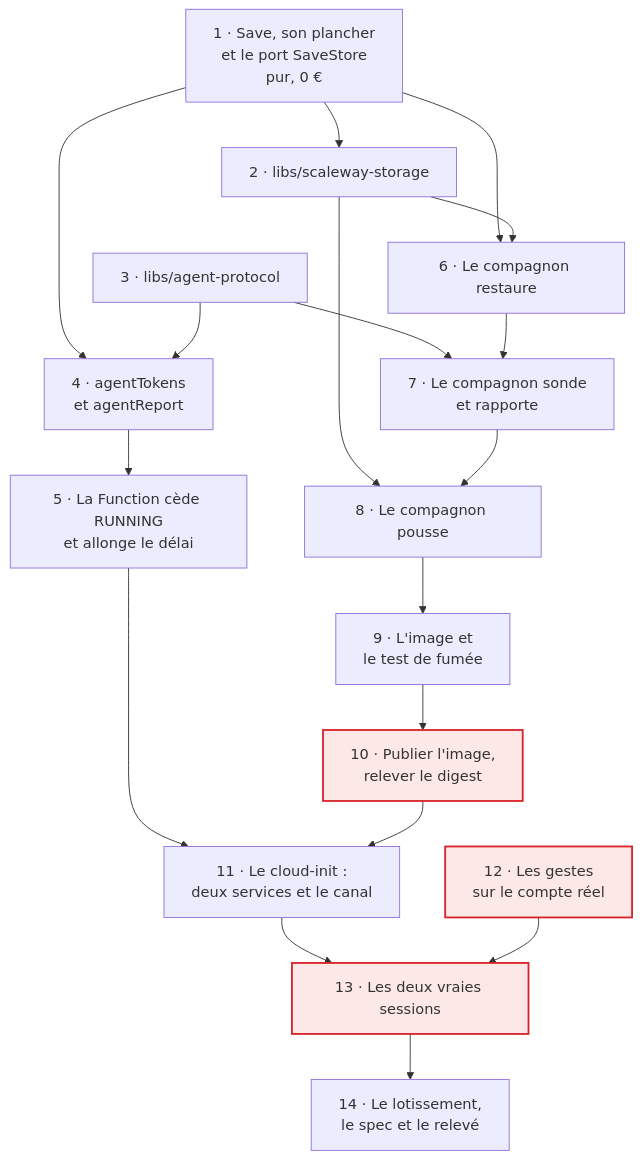
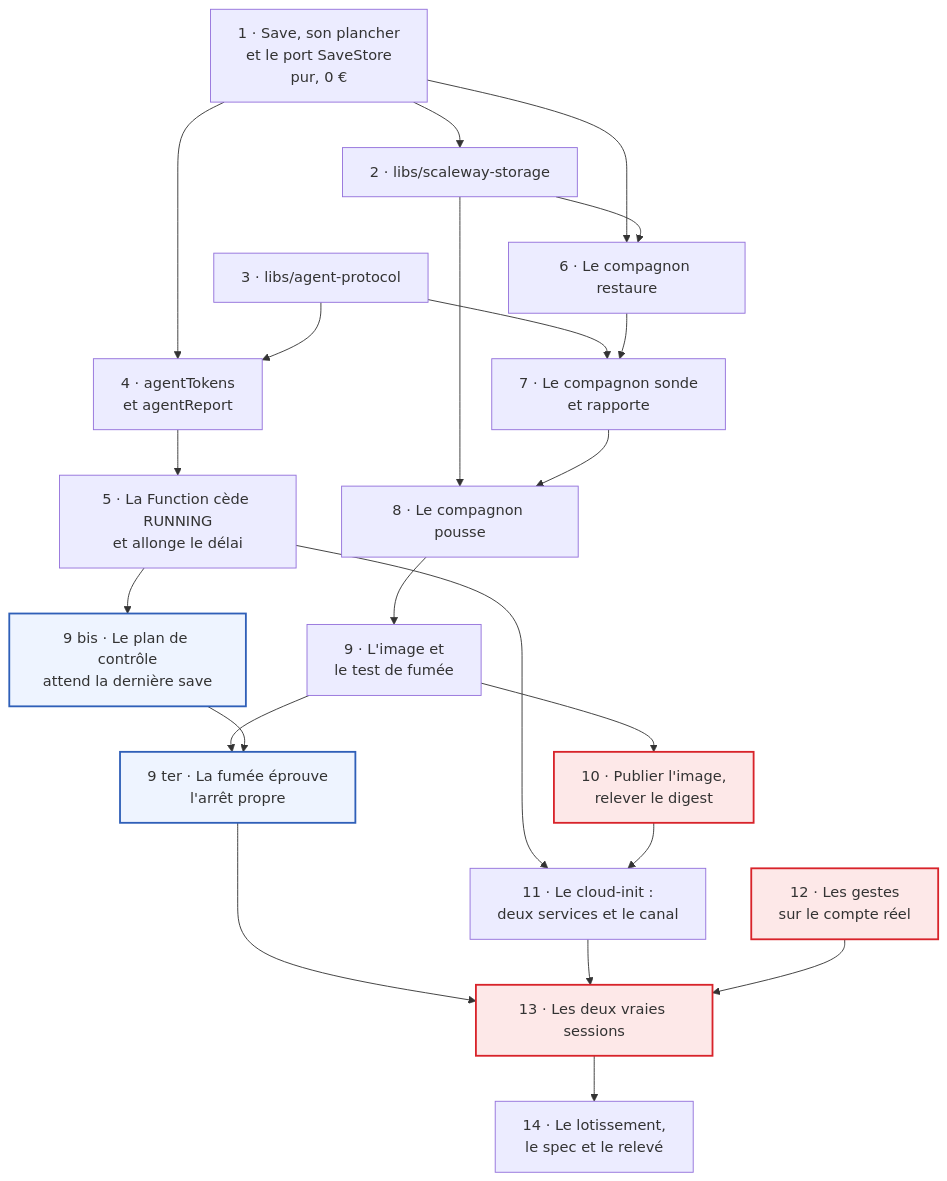
Before and after one commit to charlouze/beacon-hosting: the diagram in docs/superpowers/plans/2026-09-06-tranche-3-les-saves.md, drawn with Mermaid. The commit also changed other lines of this file, not shown here.

First line of the commit message:
docs(plan): inscrit ce que la revue de branche impose au reste de la tranche

````diff
--- a/docs/superpowers/plans/2026-09-06-tranche-3-les-saves.md
+++ b/docs/superpowers/plans/2026-09-06-tranche-3-les-saves.md
@@ -126,38 +126,46 @@
 ```mermaid
 flowchart TD
     T1["1 · Save, son plancher<br/>et le port SaveStore<br/>pur, 0 €"]
     T2["2 · libs/scaleway-storage"]
     T3["3 · libs/agent-protocol"]
     T4["4 · agentTokens<br/>et agentReport"]
     T5["5 · La Function cède RUNNING<br/>et allonge le délai"]
     T6["6 · Le compagnon restaure"]
     T7["7 · Le compagnon sonde<br/>et rapporte"]
     T8["8 · Le compagnon pousse"]
     T9["9 · L'image et<br/>le test de fumée"]
+    T9B["9 bis · Le plan de contrôle<br/>attend la dernière save"]
+    T9T["9 ter · La fumée éprouve<br/>l'arrêt propre"]
     T10["10 · Publier l'image,<br/>relever le digest"]
     T11["11 · Le cloud-init :<br/>deux services et le canal"]
     T12["12 · Les gestes<br/>sur le compte réel"]
     T13["13 · Les deux vraies sessions"]
     T14["14 · Le lotissement,<br/>le spec et le relevé"]
 
     T1 --> T2
     T1 --> T4
     T1 --> T6
     T3 --> T4
     T3 --> T7
     T4 --> T5
     T2 --> T6
     T2 --> T8
     T6 --> T7
     T7 --> T8
     T8 --> T9
+    T9 --> T9T
+    T5 --> T9B
+    T9B --> T9T
     T9 --> T10
     T5 --> T11
     T10 --> T11
+    T9T --> T13
     T11 --> T13
     T12 --> T13
     T13 --> T14
 
     classDef human fill:#fde8e8,stroke:#d8232a,stroke-width:2px
+    classDef late fill:#eef4ff,stroke:#2f5fb8,stroke-width:2px
     class T10,T12,T13 human
+    class T9B,T9T late
 ```
````
